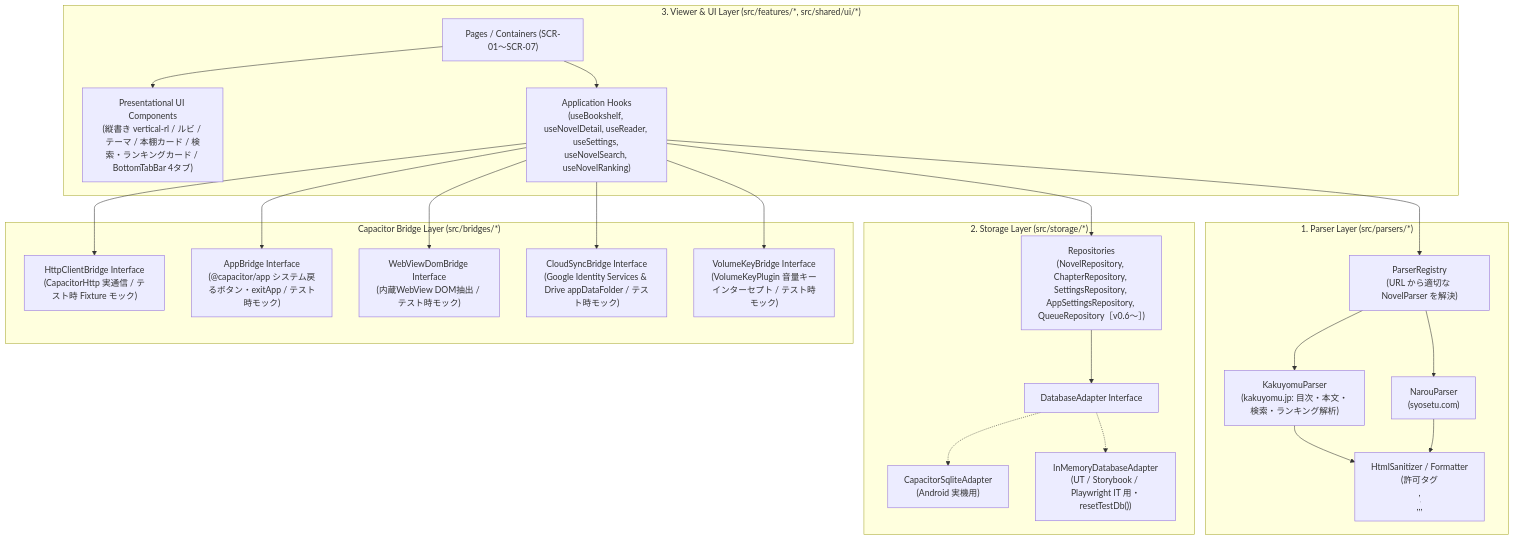
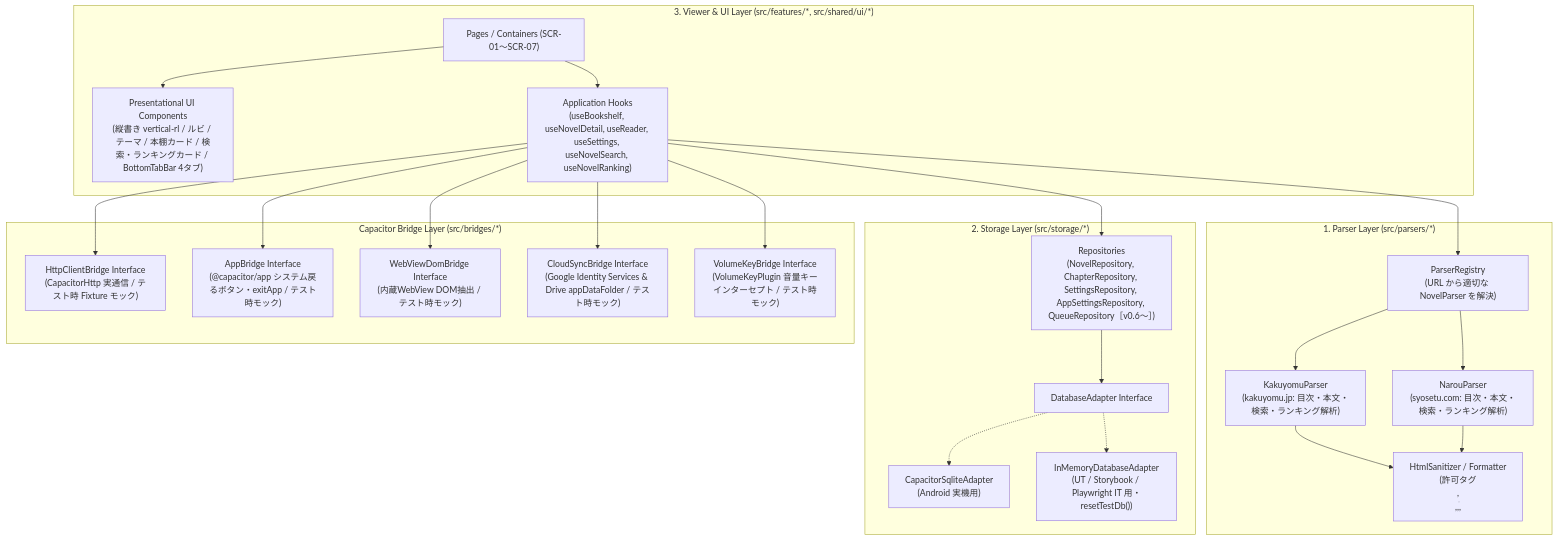
Before and after one commit to high-soar/Yommy: the diagram in docs/specs/architecture.md, drawn with Mermaid. The commit also changed other lines of this file and 8 other files, not shown here.

````diff
--- a/docs/specs/architecture.md
+++ b/docs/specs/architecture.md
@@ -110,47 +115,47 @@
 ```mermaid
 flowchart TB
     subgraph UILayer ["3. Viewer & UI Layer (src/features/*, src/shared/ui/*)"]
         Pages["Pages / Containers (SCR-01〜SCR-07)"]
         Components["Presentational UI Components<br>(縦書き vertical-rl / ルビ / テーマ / 本棚カード / 検索・ランキングカード / BottomTabBar 4タブ)"]
         Hooks["Application Hooks<br>(useBookshelf, useNovelDetail, useReader, useSettings, useNovelSearch, useNovelRanking)"]
         Pages --> Components
         Pages --> Hooks
     end
 
     subgraph ParserLayer ["1. Parser Layer (src/parsers/*)"]
         Registry["ParserRegistry<br>(URL から適切な NovelParser を解決)"]
         Kakuyomu["KakuyomuParser<br>(kakuyomu.jp: 目次・本文・検索・ランキング解析)"]
-        Narou["NarouParser<br>(syosetu.com)"]
+        Narou["NarouParser<br>(syosetu.com: 目次・本文・検索・ランキング解析)"]
         Sanitizer["HtmlSanitizer / Formatter<br>(許可タグ <p>,<br>,<ruby>,<rb>,<rt>,<rp>,<em> のみ保持)"]
         Registry --> Kakuyomu
         Registry --> Narou
         Kakuyomu --> Sanitizer
         Narou --> Sanitizer
     end
 
     subgraph StorageLayer ["2. Storage Layer (src/storage/*)"]
         Repos["Repositories<br>(NovelRepository, ChapterRepository, SettingsRepository, AppSettingsRepository, QueueRepository［v0.6〜］)"]
         DbAdapter["DatabaseAdapter Interface"]
         SqliteImpl["CapacitorSqliteAdapter<br>(Android 実機用)"]
         MemImpl["InMemoryDatabaseAdapter<br>(UT / Storybook / Playwright IT 用・resetTestDb())"]
         Repos --> DbAdapter
         DbAdapter -.-> SqliteImpl
         DbAdapter -.-> MemImpl
     end
 
     subgraph BridgeLayer ["Capacitor Bridge Layer (src/bridges/*)"]
         HttpBridge["HttpClientBridge Interface<br>(CapacitorHttp 実通信 / テスト時 Fixture モック)"]
         AppBridge["AppBridge Interface<br>(@capacitor/app システム戻るボタン・exitApp / テスト時モック)"]
         WebViewBridge["WebViewDomBridge Interface<br>(内蔵WebView DOM抽出 / テスト時モック)"]
         CloudSyncBridge["CloudSyncBridge Interface<br>(Google Identity Services & Drive appDataFolder / テスト時モック)"]
         VolumeKeyBridge["VolumeKeyBridge Interface<br>(VolumeKeyPlugin 音量キーインターセプト / テスト時モック)"]
     end
 
     Hooks --> Registry
     Hooks --> Repos
     Hooks --> HttpBridge
     Hooks --> AppBridge
     Hooks --> WebViewBridge
     Hooks --> CloudSyncBridge
     Hooks --> VolumeKeyBridge
 ```
````
